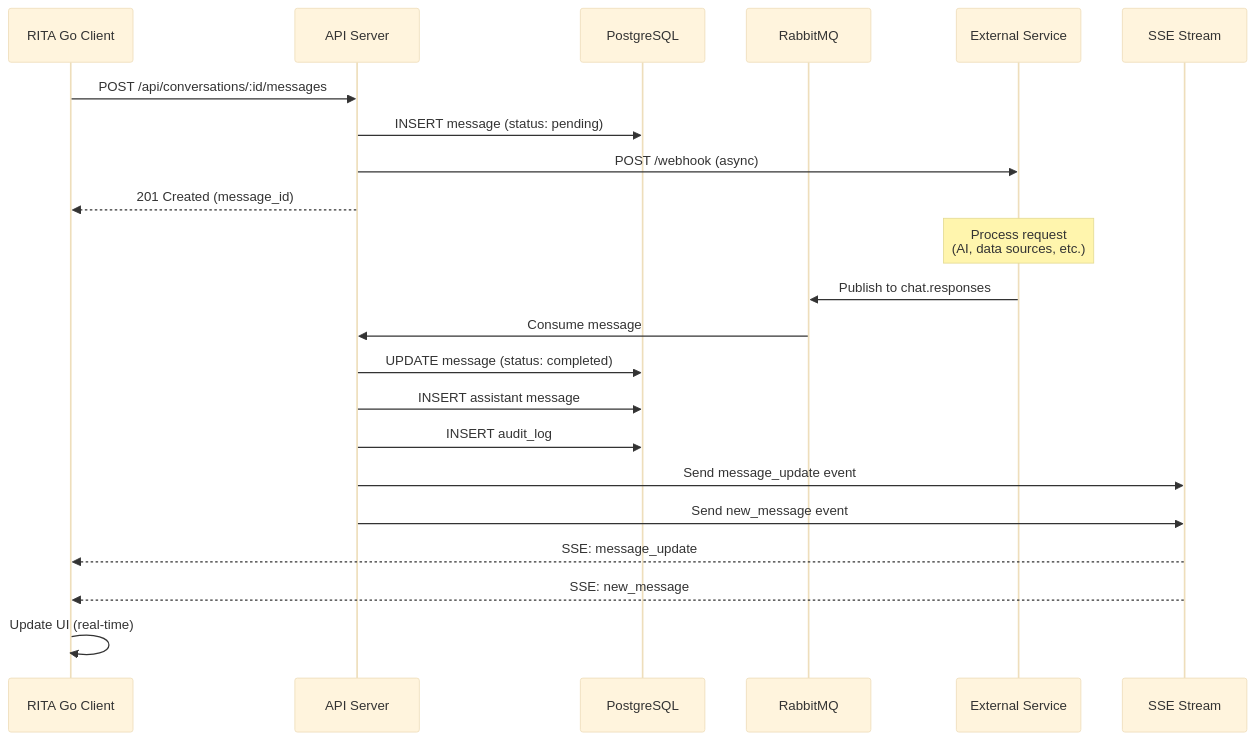
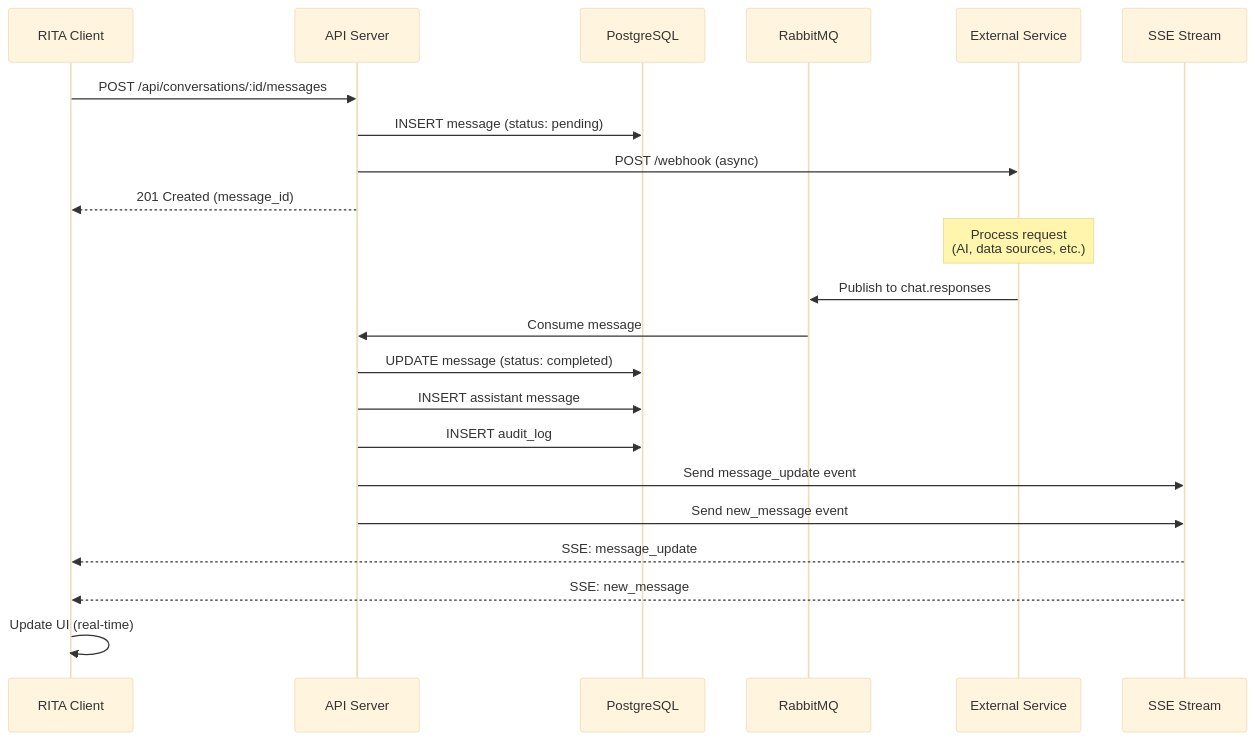
The third of 7 diagrams in docs/architecture/rabbitmq-setup.md (ewilhelmy-resolve/resolve-prototypes), drawn with Mermaid (base theme) before and after one commit. The commit also changed other lines of this file and 65 other files, not shown here.

````diff
--- a/docs/architecture/rabbitmq-setup.md
+++ b/docs/architecture/rabbitmq-setup.md
@@ -127,30 +127,30 @@
 ```mermaid
 sequenceDiagram
-    participant Client as RITA Go Client
+    participant Client as RITA Client
     participant API as API Server
     participant DB as PostgreSQL
     participant RMQ as RabbitMQ
     participant Ext as External Service
     participant SSE as SSE Stream
 
     Client->>API: POST /api/conversations/:id/messages
     API->>DB: INSERT message (status: pending)
     API->>Ext: POST /webhook (async)
     API-->>Client: 201 Created (message_id)
 
     Note over Ext: Process request<br/>(AI, data sources, etc.)
 
     Ext->>RMQ: Publish to chat.responses
     RMQ->>API: Consume message
 
     API->>DB: UPDATE message (status: completed)
     API->>DB: INSERT assistant message
     API->>DB: INSERT audit_log
 
     API->>SSE: Send message_update event
     API->>SSE: Send new_message event
     SSE-->>Client: SSE: message_update
     SSE-->>Client: SSE: new_message
 
     Client->>Client: Update UI (real-time)
 ```
````
